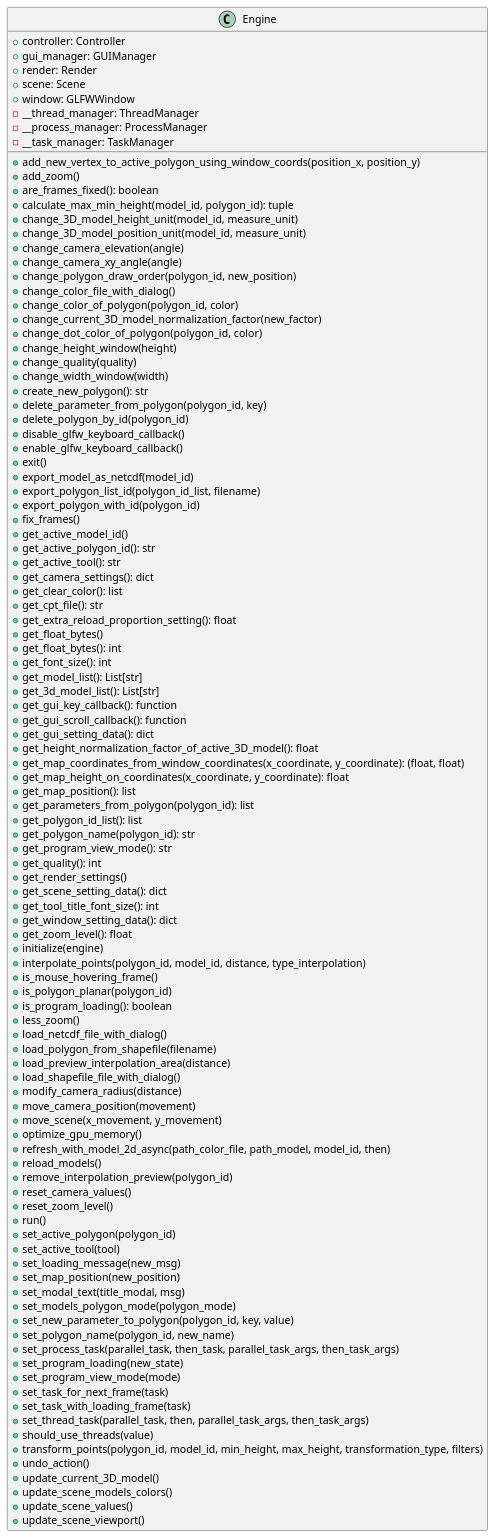
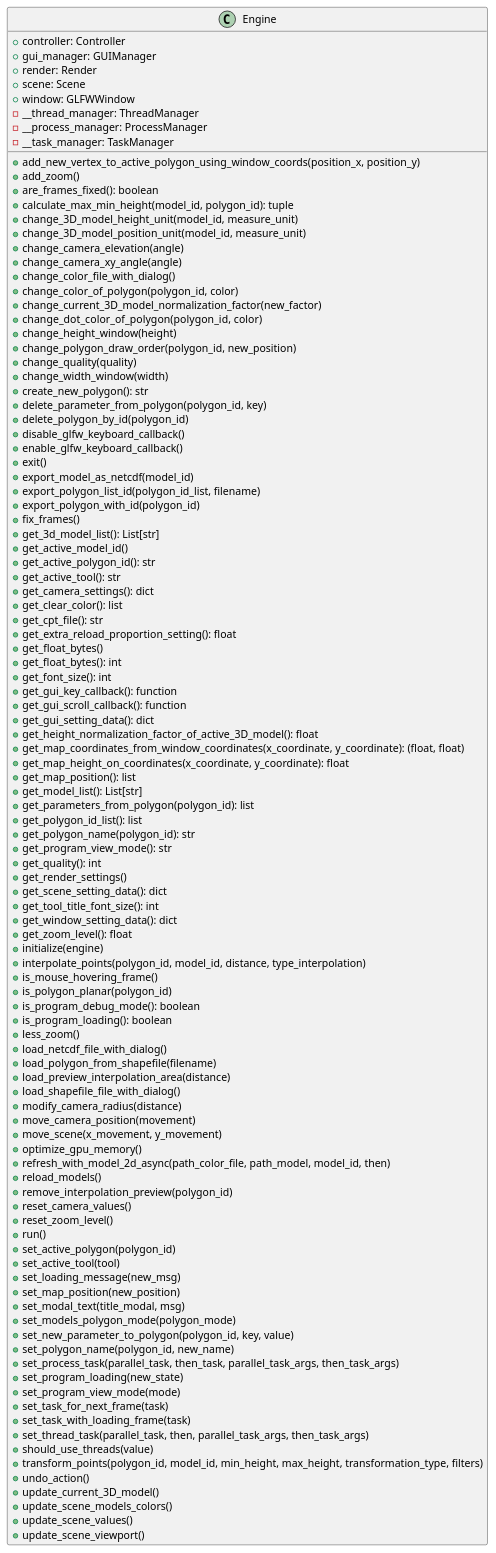
One commit to ferpoble2/Relief_Creator changed the diagram in docs/classes/Engine.puml. Above: the diagram before and after it, drawn with PlantUML. The commit also changed 1 other file, not shown here.

Commit message:
Updated class diagrams.

```diff
--- a/docs/classes/Engine.puml
+++ b/docs/classes/Engine.puml
@@ -1,110 +1,111 @@
 @startuml
 class Engine {
     + controller: Controller
     + gui_manager: GUIManager
     + render: Render
     + scene: Scene
     + window: GLFWWindow
     - __thread_manager: ThreadManager
     - __process_manager: ProcessManager
     - __task_manager: TaskManager
 
     + add_new_vertex_to_active_polygon_using_window_coords(position_x, position_y)
     + add_zoom()
     + are_frames_fixed(): boolean
     + calculate_max_min_height(model_id, polygon_id): tuple
     + change_3D_model_height_unit(model_id, measure_unit)
     + change_3D_model_position_unit(model_id, measure_unit)
     + change_camera_elevation(angle)
     + change_camera_xy_angle(angle)
-    + change_polygon_draw_order(polygon_id, new_position)
     + change_color_file_with_dialog()
     + change_color_of_polygon(polygon_id, color)
     + change_current_3D_model_normalization_factor(new_factor)
     + change_dot_color_of_polygon(polygon_id,  color)
     + change_height_window(height)
+    + change_polygon_draw_order(polygon_id, new_position)
     + change_quality(quality)
     + change_width_window(width)
     + create_new_polygon(): str
     + delete_parameter_from_polygon(polygon_id, key)
     + delete_polygon_by_id(polygon_id)
     + disable_glfw_keyboard_callback()
     + enable_glfw_keyboard_callback()
     + exit()
     + export_model_as_netcdf(model_id)
     + export_polygon_list_id(polygon_id_list, filename)
     + export_polygon_with_id(polygon_id)
     + fix_frames()
+    + get_3d_model_list(): List[str]
     + get_active_model_id()
     + get_active_polygon_id(): str
     + get_active_tool(): str
     + get_camera_settings(): dict
     + get_clear_color(): list
     + get_cpt_file(): str
     + get_extra_reload_proportion_setting(): float
     + get_float_bytes()
     + get_float_bytes(): int
     + get_font_size(): int
-    + get_model_list(): List[str]
-    + get_3d_model_list(): List[str]
     + get_gui_key_callback(): function
     + get_gui_scroll_callback(): function
     + get_gui_setting_data(): dict
     + get_height_normalization_factor_of_active_3D_model(): float
     + get_map_coordinates_from_window_coordinates(x_coordinate, y_coordinate): (float, float)
     + get_map_height_on_coordinates(x_coordinate, y_coordinate): float
     + get_map_position(): list
+    + get_model_list(): List[str]
     + get_parameters_from_polygon(polygon_id): list
     + get_polygon_id_list(): list
     + get_polygon_name(polygon_id): str
     + get_program_view_mode(): str
     + get_quality(): int
     + get_render_settings()
     + get_scene_setting_data(): dict
     + get_tool_title_font_size(): int
     + get_window_setting_data(): dict
     + get_zoom_level(): float
     + initialize(engine)
     + interpolate_points(polygon_id, model_id, distance, type_interpolation)
     + is_mouse_hovering_frame()
     + is_polygon_planar(polygon_id)
+    + is_program_debug_mode(): boolean
     + is_program_loading(): boolean
     + less_zoom()
     + load_netcdf_file_with_dialog()
     + load_polygon_from_shapefile(filename)
     + load_preview_interpolation_area(distance)
     + load_shapefile_file_with_dialog()
     + modify_camera_radius(distance)
     + move_camera_position(movement)
     + move_scene(x_movement, y_movement)
     + optimize_gpu_memory()
     + refresh_with_model_2d_async(path_color_file, path_model, model_id, then)
     + reload_models()
     + remove_interpolation_preview(polygon_id)
     + reset_camera_values()
     + reset_zoom_level()
     + run()
     + set_active_polygon(polygon_id)
     + set_active_tool(tool)
     + set_loading_message(new_msg)
     + set_map_position(new_position)
     + set_modal_text(title_modal, msg)
     + set_models_polygon_mode(polygon_mode)
     + set_new_parameter_to_polygon(polygon_id, key, value)
     + set_polygon_name(polygon_id, new_name)
     + set_process_task(parallel_task, then_task, parallel_task_args, then_task_args)
     + set_program_loading(new_state)
     + set_program_view_mode(mode)
     + set_task_for_next_frame(task)
     + set_task_with_loading_frame(task)
     + set_thread_task(parallel_task, then, parallel_task_args, then_task_args)
     + should_use_threads(value)
     + transform_points(polygon_id, model_id, min_height, max_height, transformation_type, filters)
     + undo_action()
     + update_current_3D_model()
     + update_scene_models_colors()
     + update_scene_values()
     + update_scene_viewport()
 }
 
 @enduml
```
